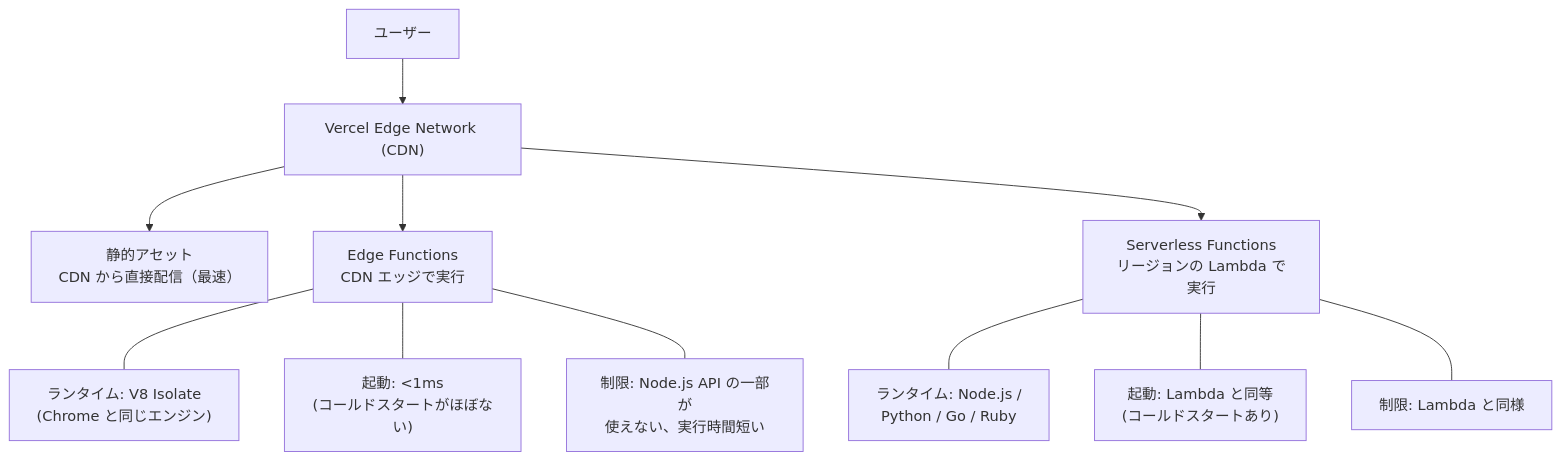
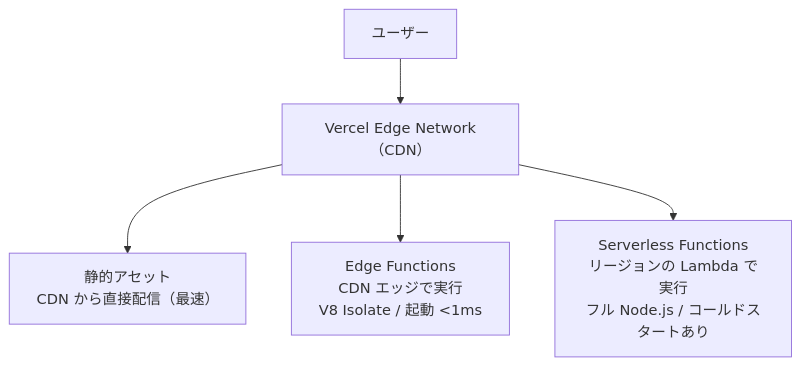
Diagram 13 of 14 in details/Webサーバーとランタイムのリクエスト処理モデル.md (ryotaro-boost/web-engineer-knowledge-layers), drawn with Mermaid before and after one commit. The commit also changed other lines of this file, not shown here.

First line of the commit message:
Mermaid図のテキスト重なりを修正

````diff
--- a/details/Webサーバーとランタイムのリクエスト処理モデル.md
+++ b/details/Webサーバーとランタイムのリクエスト処理モデル.md
@@ -499,15 +484,7 @@
 ```mermaid
 graph TD
-    U["ユーザー"] --> CDN["Vercel Edge Network (CDN)"]
+    U["ユーザー"] --> CDN["Vercel Edge Network（CDN）"]
     CDN --> Static["静的アセット<br>CDN から直接配信（最速）"]
-    CDN --> Edge["Edge Functions<br>CDN エッジで実行"]
-    CDN --> SLS["Serverless Functions<br>リージョンの Lambda で実行"]
-
-    Edge --- E1["ランタイム: V8 Isolate<br>(Chrome と同じエンジン)"]
-    Edge --- E2["起動: &lt;1ms<br>(コールドスタートがほぼない)"]
-    Edge --- E3["制限: Node.js API の一部が<br>使えない、実行時間短い"]
-
-    SLS --- S1["ランタイム: Node.js /<br>Python / Go / Ruby"]
-    SLS --- S2["起動: Lambda と同等<br>(コールドスタートあり)"]
-    SLS --- S3["制限: Lambda と同様"]
+    CDN --> Edge["Edge Functions<br>CDN エッジで実行<br>V8 Isolate / 起動 &lt;1ms"]
+    CDN --> SLS["Serverless Functions<br>リージョンの Lambda で実行<br>フル Node.js / コールドスタートあり"]
 ```
````
